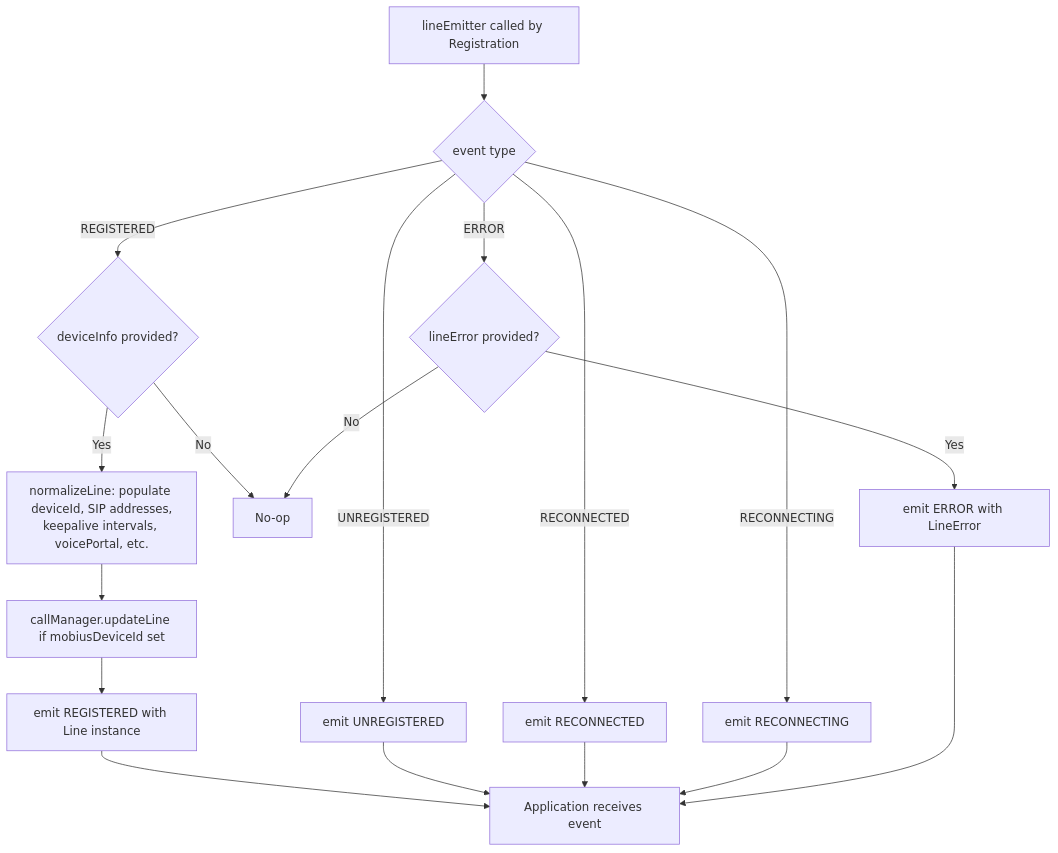
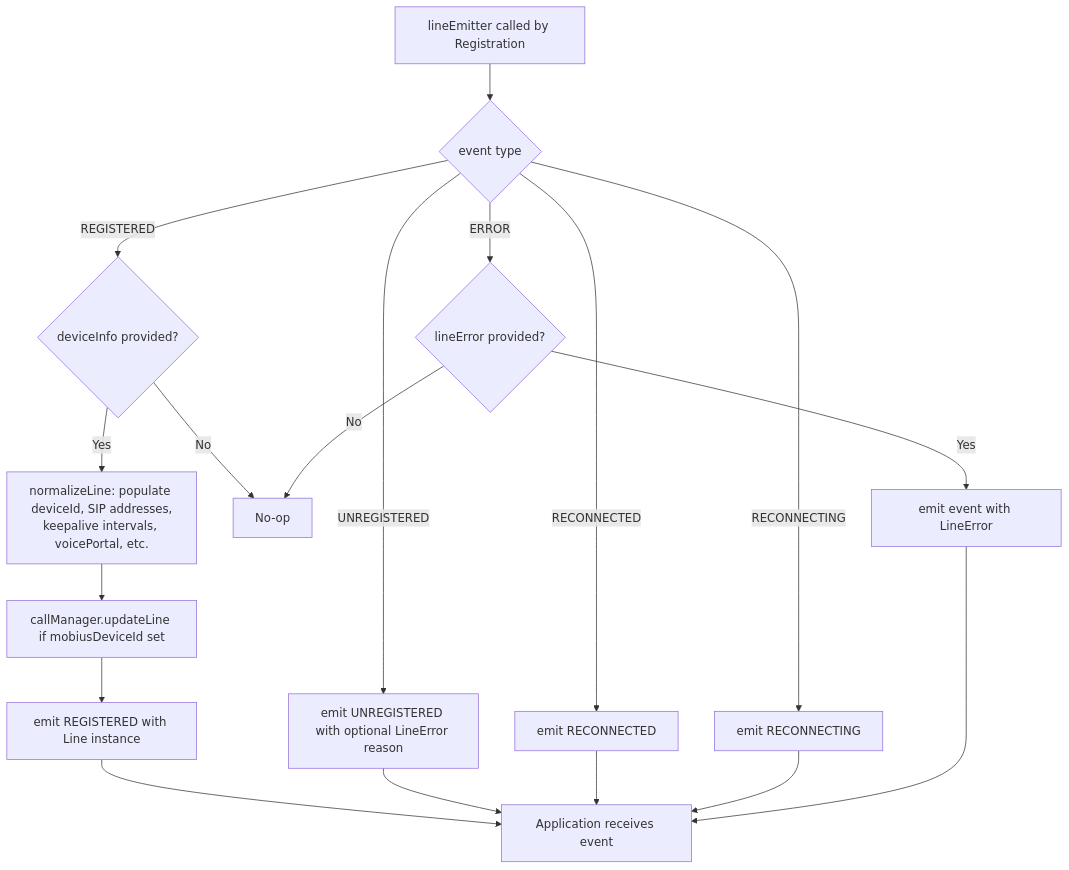
One commit to webex/webex-js-sdk changed the second of 8 diagrams in packages/calling/src/CallingClient/line/ai-docs/line-spec.md. Above: the diagram before and after it, drawn with Mermaid. The commit also changed other lines of this file and 21 other files, not shown here.

````diff
--- a/packages/calling/src/CallingClient/line/ai-docs/line-spec.md
+++ b/packages/calling/src/CallingClient/line/ai-docs/line-spec.md
@@ -307,24 +307,24 @@
 ```mermaid
 flowchart TD
   A[lineEmitter called by Registration] --> B{event type}
 
   B -->|REGISTERED| C{deviceInfo provided?}
   C -- Yes --> D[normalizeLine: populate deviceId, SIP addresses,<br/>keepalive intervals, voicePortal, etc.]
   D --> E[callManager.updateLine if mobiusDeviceId set]
   E --> F[emit REGISTERED with Line instance]
   C -- No --> Z[No-op]
 
-  B -->|UNREGISTERED| G[emit UNREGISTERED]
+  B -->|UNREGISTERED| G[emit UNREGISTERED with optional LineError reason]
   B -->|RECONNECTED| H[emit RECONNECTED]
   B -->|RECONNECTING| I[emit RECONNECTING]
 
   B -->|ERROR| J{lineError provided?}
-  J -- Yes --> K[emit ERROR with LineError]
+  J -- Yes --> K[emit event with LineError]
   J -- No --> Z
 
   F --> APP[Application receives event]
   G --> APP
   H --> APP
   I --> APP
   K --> APP
 ```
````
